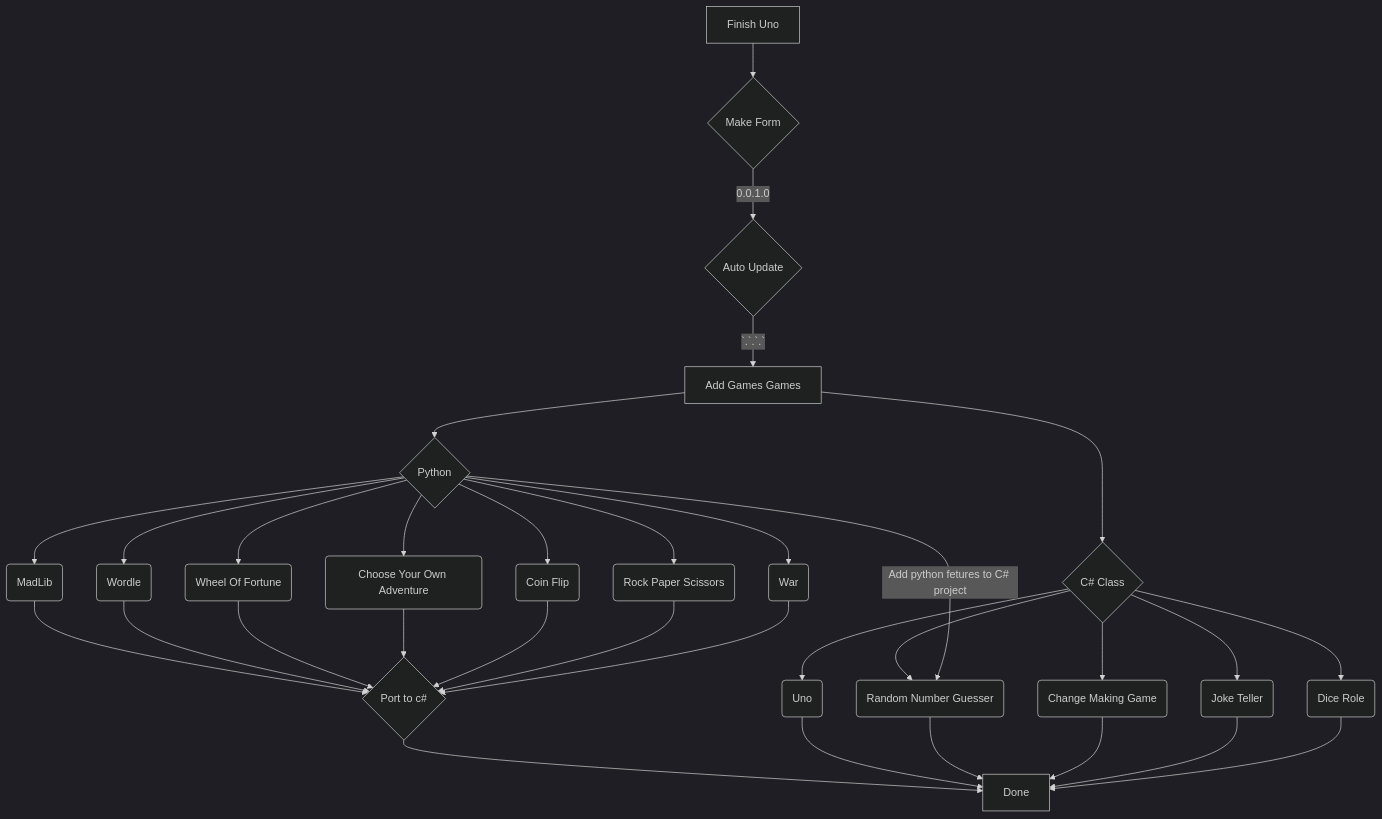
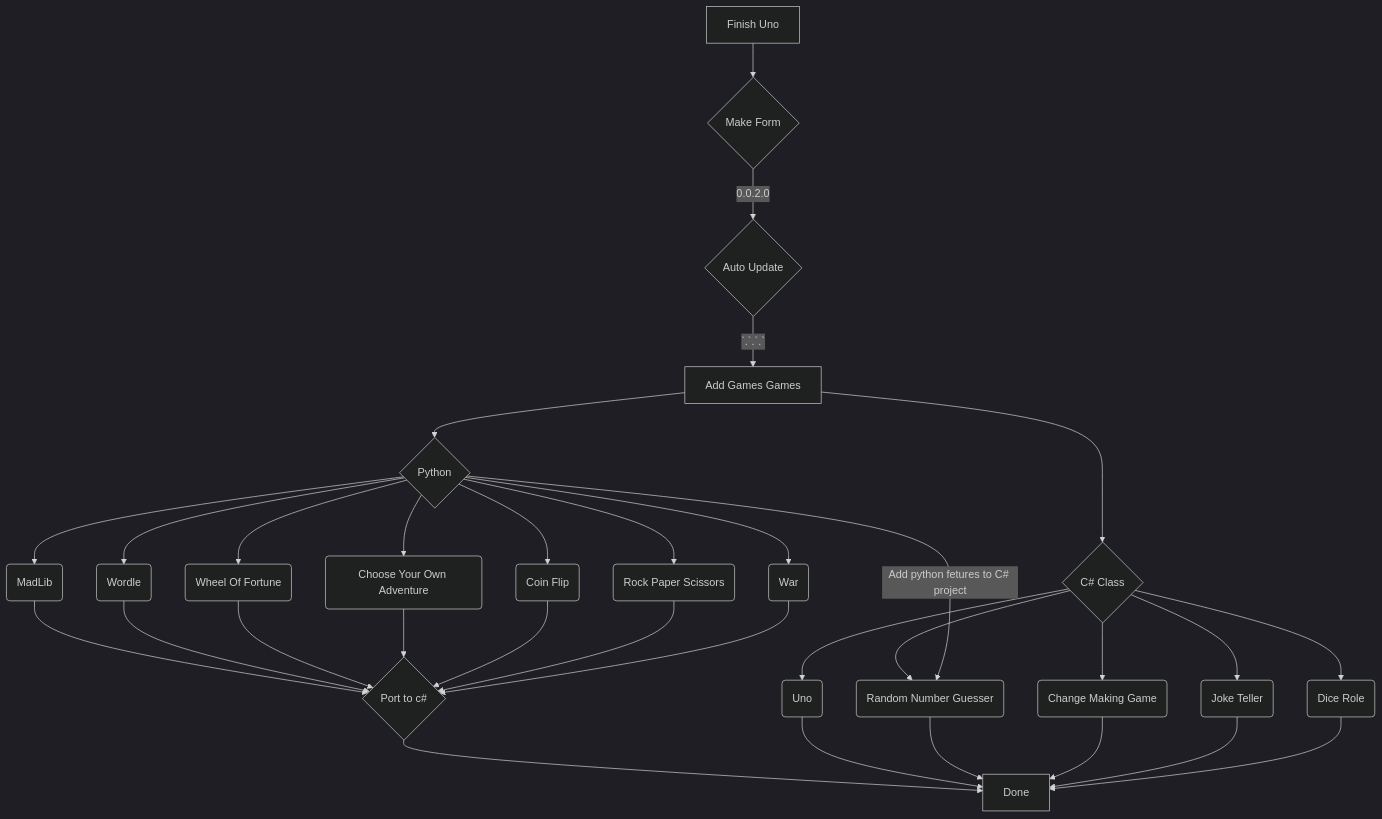
One commit to Travis-DV/GamesRepo changed the diagram in README.md. Above: the diagram before and after it, drawn with Mermaid (dark theme). The commit also changed other lines of this file, not shown here.

````diff
--- a/README.md
+++ b/README.md
@@ -14,39 +19,39 @@
 ```mermaid
 graph TD;
     A[Finish Uno] --> B{Make Form};
-    B --> |0.0.1.0| C{Auto Update};
+    B --> |0.0.2.0| C{Auto Update};
     C --> |`.`.`.`|D[Add Games Games];
 
     D --> E{C# Class};
     E --> F(Uno);
     E --> G(Random Number Guesser);
     E --> H(Change Making Game);
     E --> I(Joke Teller);
     E --> J(Dice Role);
 
     D --> K{Python};
     K --> L(MadLib);
     K --> M(Wordle);
     K --> N(Wheel Of Fortune);
     K --> O(Choose Your Own Adventure);
     K --> |Add python fetures to C# project| G;
     K --> P(Coin Flip);
     K --> Q(Rock Paper Scissors);
     K --> R(War);
 
 
     L --> X;
     M --> X;
     N --> X;
     O --> X;
     P --> X;
     Q --> X;
     R --> X;
     X{Port to c#} --> Z
 
     F --> Z;
     G --> Z;
     H --> Z;
     I --> Z;
     J --> Z[Done];
 ```
````
